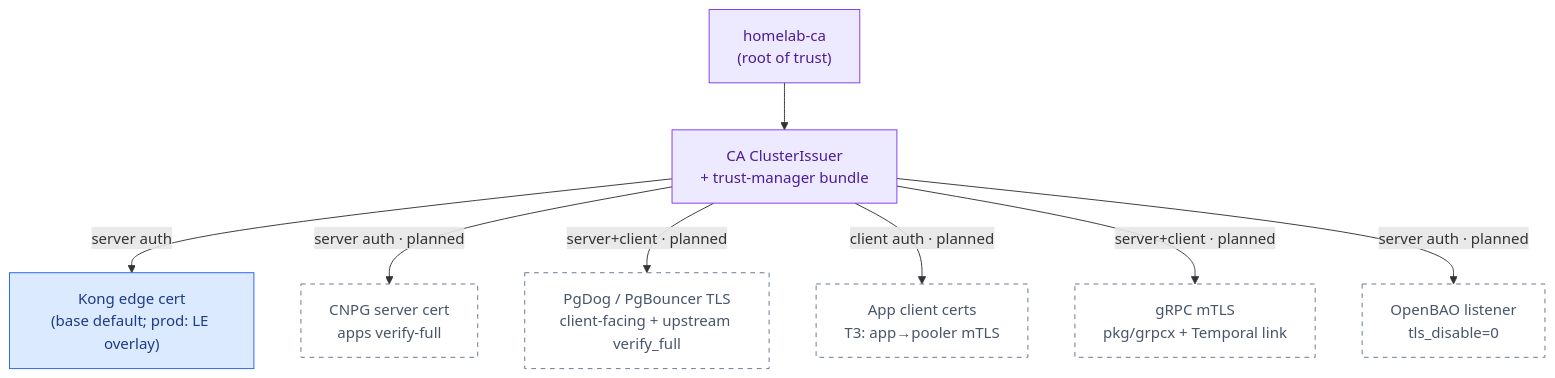
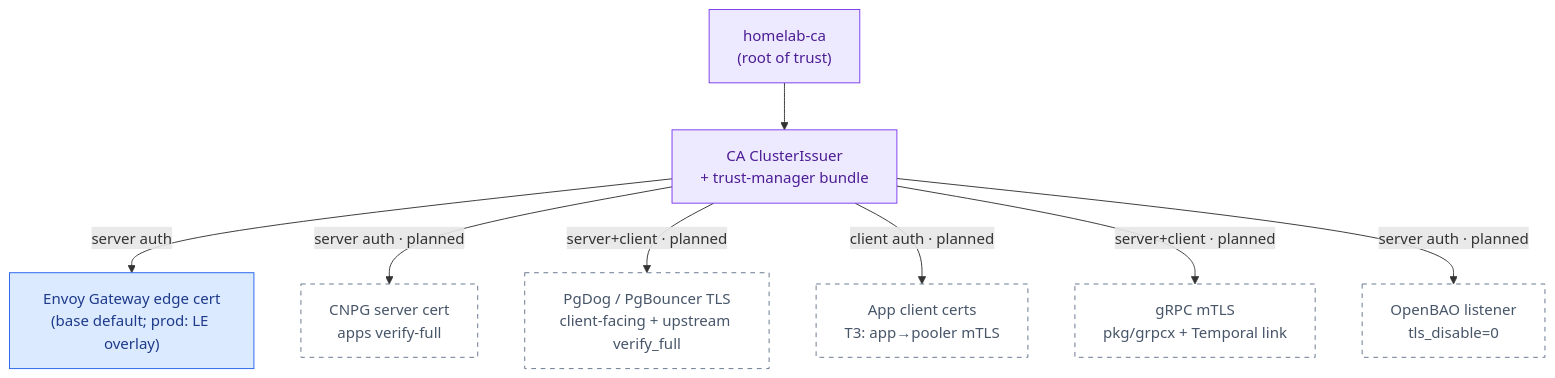
Before and after one commit to duynhlab/homelab: the first of 2 diagrams in docs/proposals/rfc/RFC-0020/README.md, drawn with Mermaid. The commit also changed other lines of this file and 16 other files, not shown here.

````diff
--- a/docs/proposals/rfc/RFC-0020/README.md
+++ b/docs/proposals/rfc/RFC-0020/README.md
@@ -109,17 +136,17 @@
 ```mermaid
 flowchart TD
   root["homelab-ca<br/>(root of trust)"] --> issuer["CA ClusterIssuer<br/>+ trust-manager bundle"]
-  issuer -->|"server auth"| edge["Kong edge cert<br/>(base default; prod: LE overlay)"]
+  issuer -->|"server auth"| edge["Envoy Gateway edge cert<br/>(base default; prod: LE overlay)"]
   issuer -->|"server auth · planned"| dbsrv["CNPG server cert<br/>apps verify-full"]
   issuer -->|"server+client · planned"| pool["PgDog / PgBouncer TLS<br/>client-facing + upstream verify_full"]
   issuer -->|"client auth · planned"| appcli["App client certs<br/>T3: app→pooler mTLS"]
   issuer -->|"server+client · planned"| grpc["gRPC mTLS<br/>pkg/grpcx + Temporal link"]
   issuer -->|"server auth · planned"| bao["OpenBAO listener<br/>tls_disable=0"]
 
   classDef edge fill:#dbeafe,color:#1e3a8a,stroke:#2563eb;
   classDef data fill:#dcfce7,color:#14532d,stroke:#16a34a;
   classDef platform fill:#ede9fe,color:#4c1d95,stroke:#7c3aed;
   classDef planned fill:#fff,color:#475569,stroke:#64748b,stroke-dasharray:5 5;
   class root,issuer platform; class edge edge;
   class dbsrv,pool,appcli planned; class grpc,bao planned;
 ```
````
